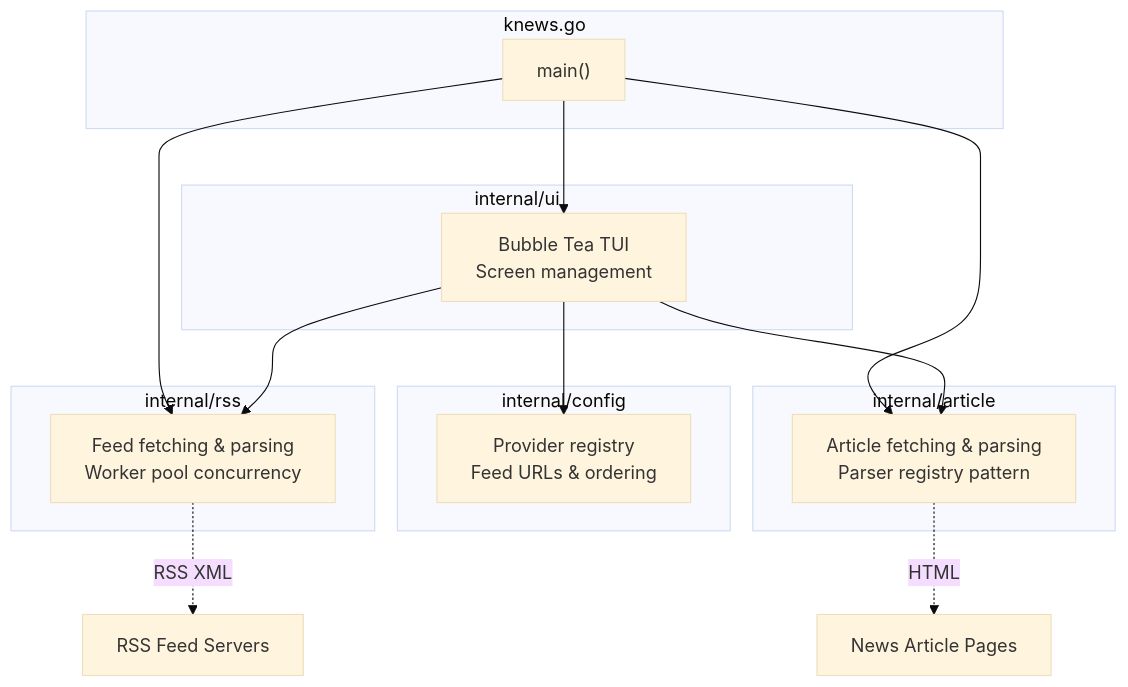
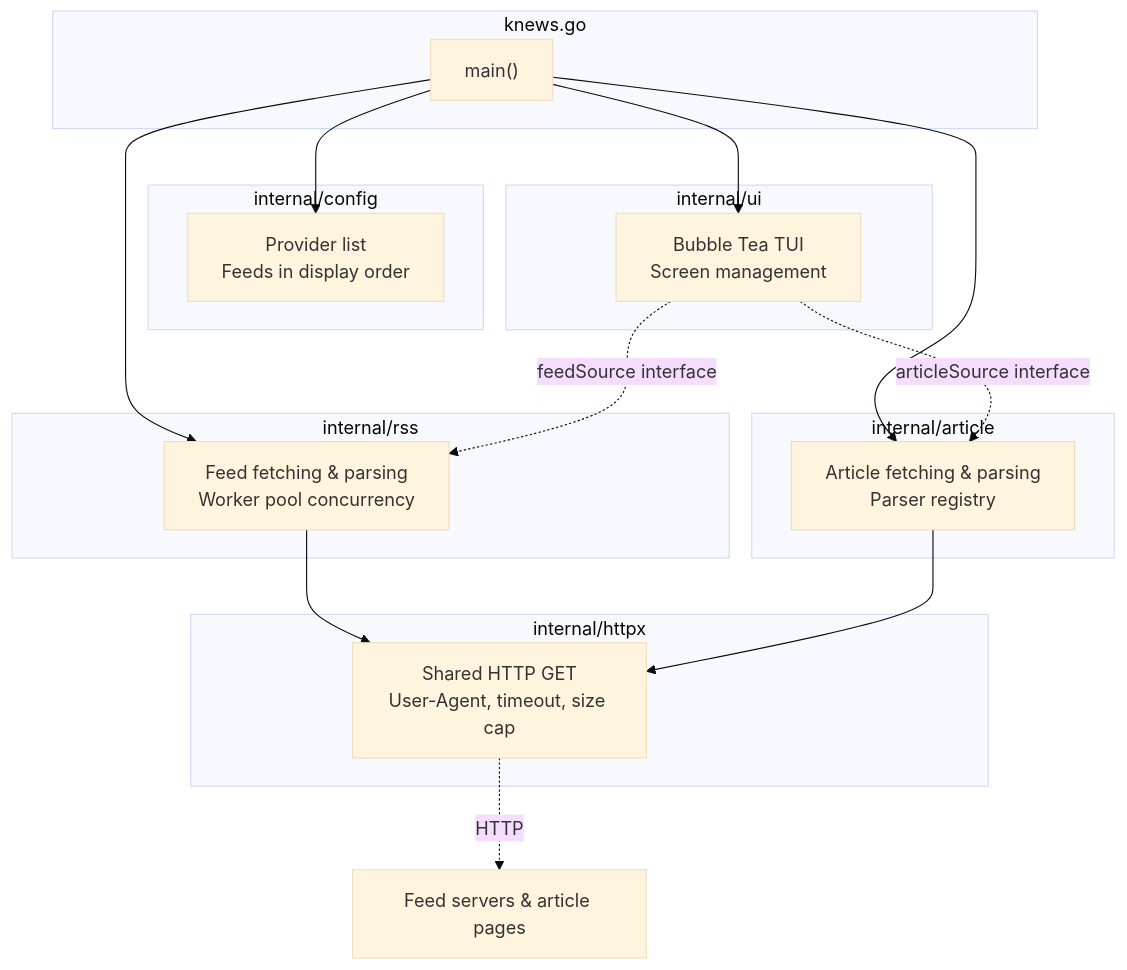
The first of 8 diagrams in ARCHITECTURE.md (kralkapoor/knews), drawn with Mermaid (base theme) before and after one commit. The commit also changed other lines of this file and 36 other files, not shown here.

````diff
--- a/ARCHITECTURE.md
+++ b/ARCHITECTURE.md
@@ -22,31 +22,36 @@
 ```mermaid
 graph TB
     subgraph knews.go
         main["main()"]
     end
 
     subgraph "internal/config"
-        config["Provider registry<br/>Feed URLs & ordering"]
+        config["Provider list<br/>Feeds in display order"]
+    end
+
+    subgraph "internal/httpx"
+        httpx["Shared HTTP GET<br/>User-Agent, timeout, size cap"]
     end
 
     subgraph "internal/rss"
         rss["Feed fetching & parsing<br/>Worker pool concurrency"]
     end
 
     subgraph "internal/article"
-        article["Article fetching & parsing<br/>Parser registry pattern"]
+        article["Article fetching & parsing<br/>Parser registry"]
     end
 
     subgraph "internal/ui"
         ui["Bubble Tea TUI<br/>Screen management"]
     end
 
+    main --> config
     main --> rss
     main --> article
     main --> ui
-    ui --> rss
-    ui --> article
-    ui --> config
-    rss -.->|"RSS XML"| Internet["RSS Feed Servers"]
-    article -.->|"HTML"| Internet2["News Article Pages"]
+    rss --> httpx
+    article --> httpx
+    ui -.->|"feedSource interface"| rss
+    ui -.->|"articleSource interface"| article
+    httpx -.->|"HTTP"| Internet["Feed servers & article pages"]
 ```
````
